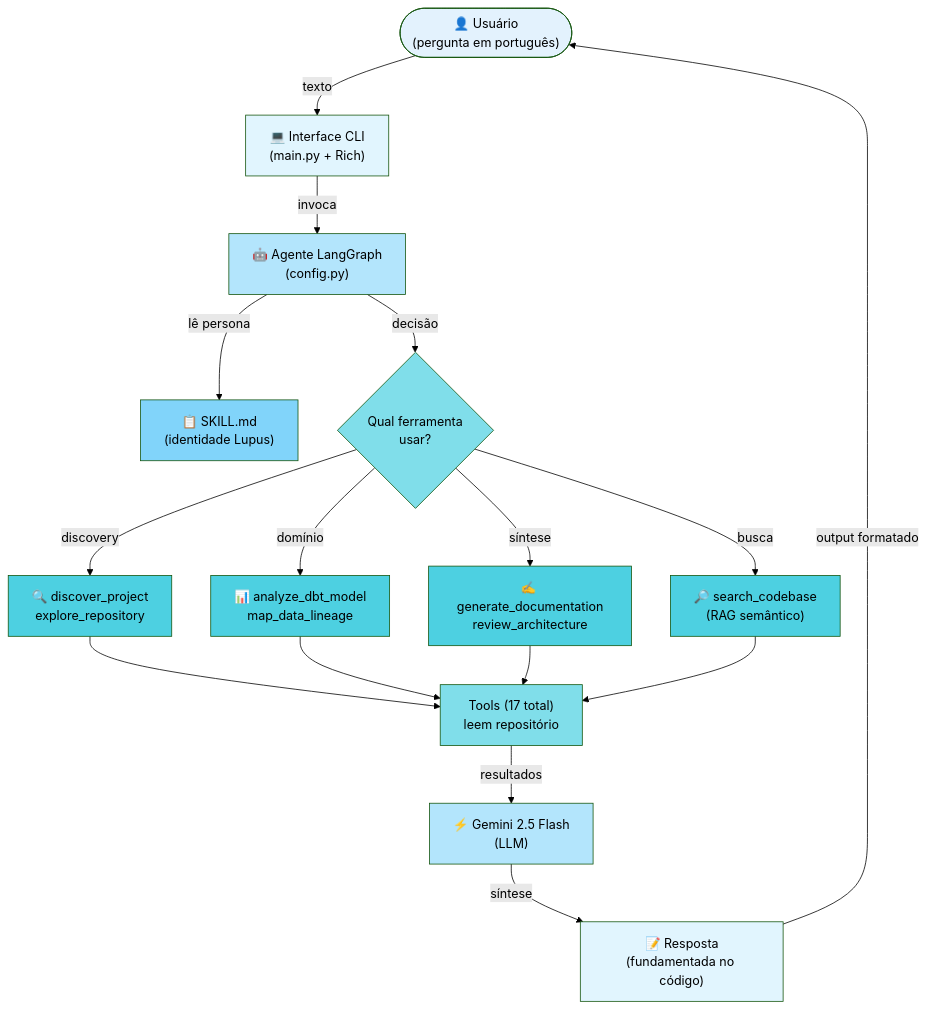
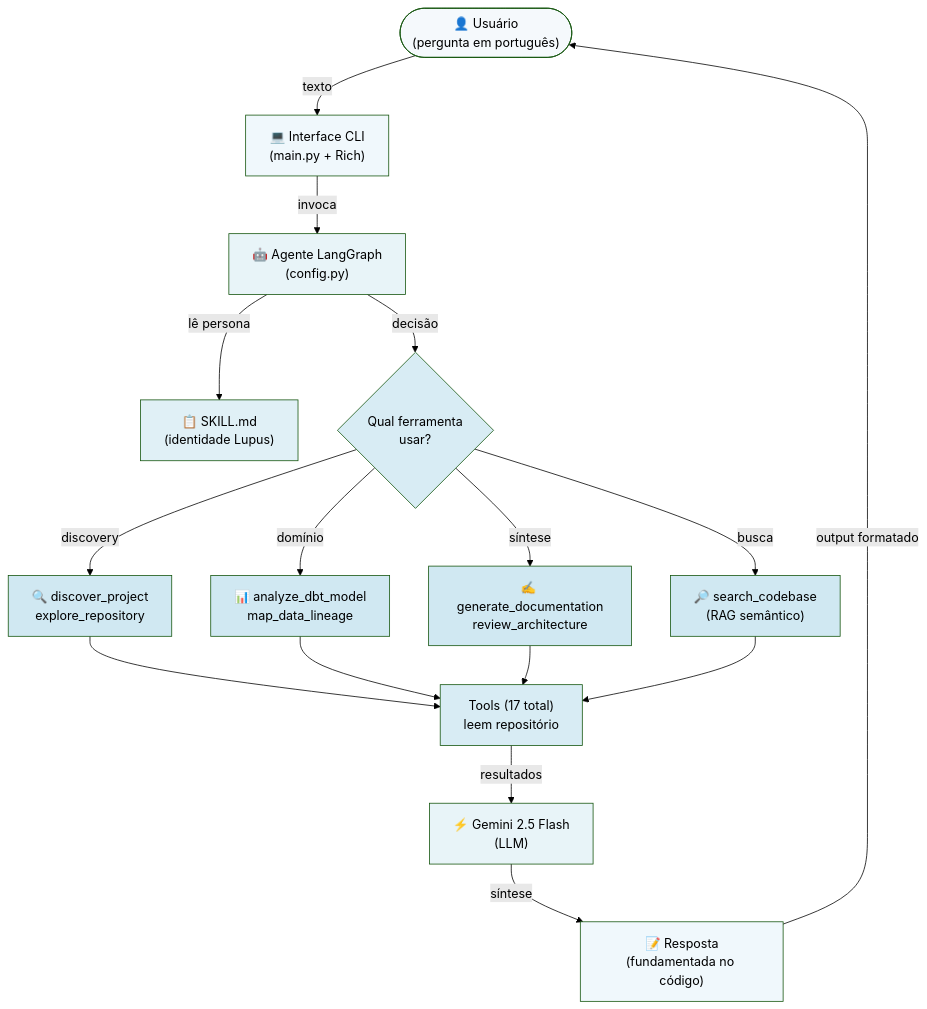
The first of 2 diagrams in README.md (eduardo-ebdl/lupus), drawn with Mermaid (forest theme) before and after one commit. The commit also changed other lines of this file, not shown here.

First line of the commit message:
docs: Improve Mermaid diagrams - cleaner, less saturated colors

````diff
--- a/README.md
+++ b/README.md
@@ -68,41 +68,41 @@
 ```mermaid
 flowchart TD
     User(["👤 Usuário<br/>(pergunta em português)"])
     
     User -->|texto| CLI["💻 Interface CLI<br/>(main.py + Rich)"]
     
     CLI -->|invoca| Agent["🤖 Agente LangGraph<br/>(config.py)"]
     
     Agent -->|lê persona| Skill["📋 SKILL.md<br/>(identidade Lupus)"]
     
     Agent -->|decisão| Decision{"Qual ferramenta<br/>usar?"}
     
     Decision -->|discovery| T1["🔍 discover_project<br/>explore_repository"]
     Decision -->|domínio| T2["📊 analyze_dbt_model<br/>map_data_lineage"]
     Decision -->|síntese| T3["✍️ generate_documentation<br/>review_architecture"]
     Decision -->|busca| T4["🔎 search_codebase<br/>(RAG semântico)"]
     
     T1 --> Tools["Tools (17 total)<br/>leem repositório"]
     T2 --> Tools
     T3 --> Tools
     T4 --> Tools
     
     Tools -->|resultados| LLM["⚡ Gemini 2.5 Flash<br/>(LLM)"]
     
     LLM -->|síntese| Response["📝 Resposta<br/>(fundamentada no código)"]
     
     Response -->|output formatado| User
     
-    style User fill:#e3f2fd
-    style CLI fill:#e1f5fe
-    style Agent fill:#b3e5fc
-    style Skill fill:#81d4fa
-    style Decision fill:#80deea
-    style T1 fill:#4dd0e1
-    style T2 fill:#4dd0e1
-    style T3 fill:#4dd0e1
-    style T4 fill:#4dd0e1
-    style Tools fill:#80deea
-    style LLM fill:#b3e5fc
-    style Response fill:#e1f5fe
+    style User fill:#f5f9fc
+    style CLI fill:#f0f8fc
+    style Agent fill:#e8f4f8
+    style Skill fill:#e0f0f6
+    style Decision fill:#d8ecf4
+    style T1 fill:#d0e8f2
+    style T2 fill:#d0e8f2
+    style T3 fill:#d0e8f2
+    style T4 fill:#d0e8f2
+    style Tools fill:#d8ecf4
+    style LLM fill:#e8f4f8
+    style Response fill:#f0f8fc
 ```
````
